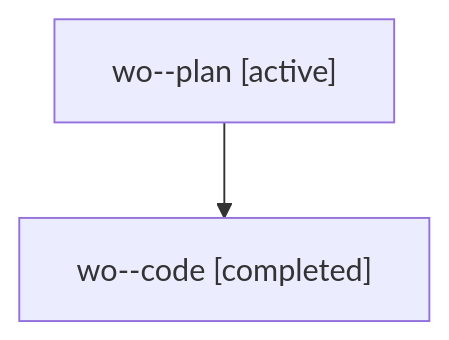
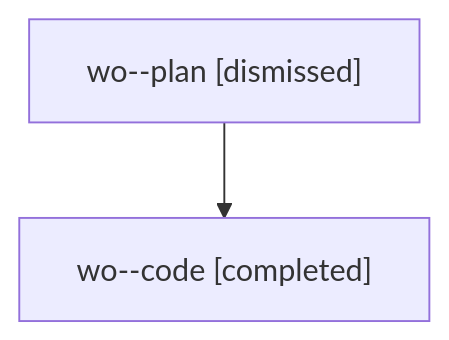
One commit to sase-org/sase--agents changed the diagram in sessions/bbugyi200.athena.wo.md. Above: the diagram before and after it, drawn with Mermaid. The commit also changed other lines of this file and 12 other files, not shown here.

````diff
--- a/sessions/bbugyi200.athena.wo.md
+++ b/sessions/bbugyi200.athena.wo.md
@@ -9,6 +9,6 @@
 ```mermaid
 flowchart TD
-  n0["wo--plan [active]"]
+  n0["wo--plan [dismissed]"]
   n1["wo--code [completed]"]
   n0 --> n1
 ```
````
